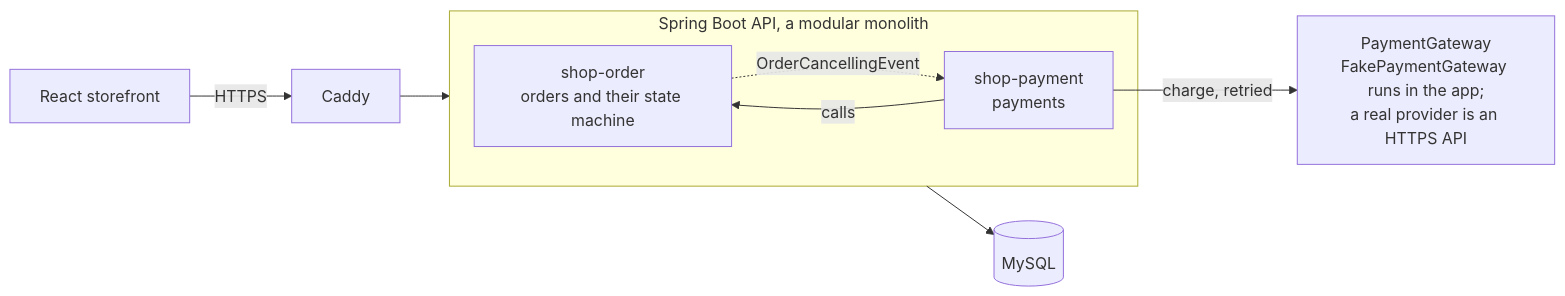
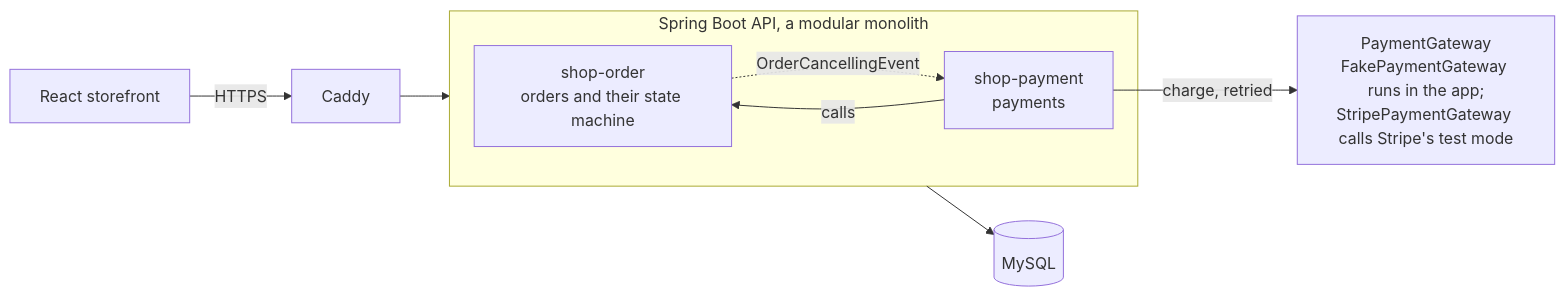
Before and after one commit to Aryankanani1/shopping-cart-spring-security: the first of 10 diagrams in docs/payment-design.md, drawn with Mermaid. The commit also changed other lines of this file and 38 other files, not shown here.

````diff
--- a/docs/payment-design.md
+++ b/docs/payment-design.md
@@ -46,13 +47,13 @@
 ```mermaid
 flowchart LR
     B[React storefront] -->|HTTPS| C[Caddy]
     C --> API
     subgraph API[Spring Boot API, a modular monolith]
         O[shop-order<br/>orders and their state machine]
         P[shop-payment<br/>payments]
         P -->|calls| O
         O -.->|OrderCancellingEvent| P
     end
     API --> DB[(MySQL)]
-    P -->|charge, retried| G[PaymentGateway<br/>FakePaymentGateway runs in the app;<br/>a real provider is an HTTPS API]
+    P -->|charge, retried| G[PaymentGateway<br/>FakePaymentGateway runs in the app;<br/>StripePaymentGateway calls Stripe's test mode]
 ```
````
